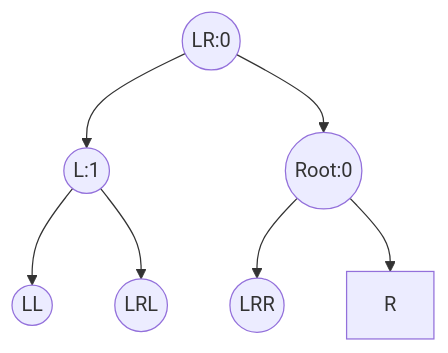
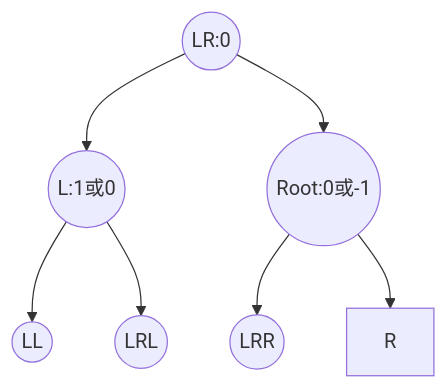
One commit to yuzheng14/ds-wangdao changed the ninth of 12 diagrams in chapter7-search/README.md. Above: the diagram before and after it, drawn with Mermaid. The commit also changed other lines of this file, not shown here.

Commit message:
细改图参数

````diff
--- a/chapter7-search/README.md
+++ b/chapter7-search/README.md
@@ -87,9 +87,9 @@
       ```mermaid
       flowchart TD
-      	LR((LR:0))-->L((L:1))
-      	LR-->Rt((Root:0))
+      	LR((LR:0))-->L((L:1或0))
+      	LR-->Rt((Root:0或-1))
       	L-->LL((LL))
       	L-->LRL((LRL))
       	Rt-->LRR((LRR))
       	Rt-->R
       ```
````
